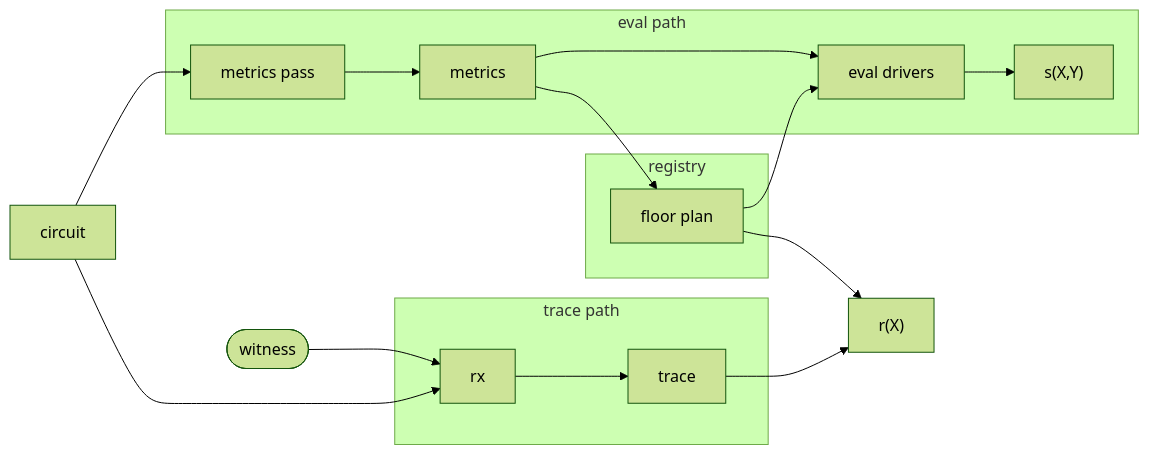
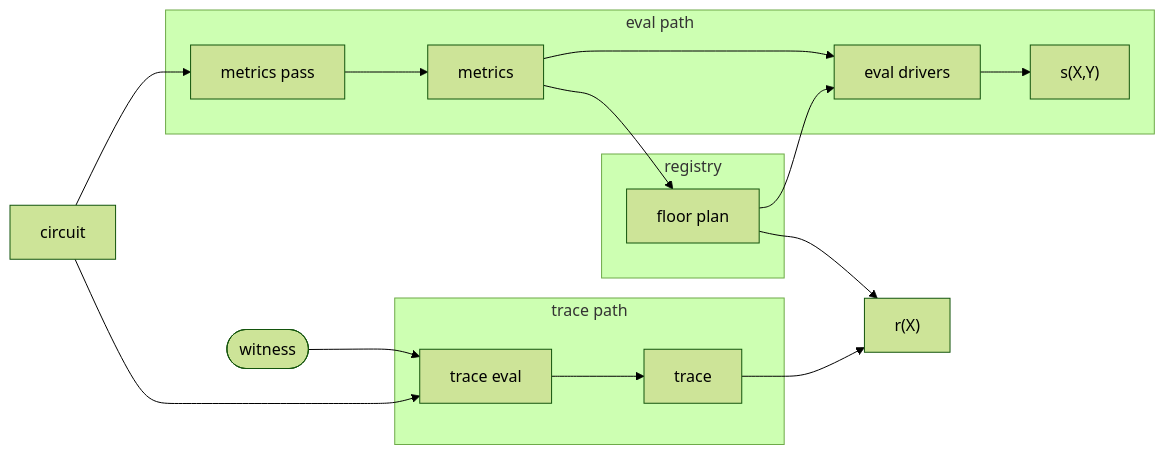
Before and after one commit to TalDerei/ragu: the diagram in book/src/implementation/routines.md, drawn with Mermaid (forest theme). The commit also changed other lines of this file, not shown here.

````diff
--- a/book/src/implementation/routines.md
+++ b/book/src/implementation/routines.md
@@ -61,22 +61,22 @@
 ```mermaid
 graph LR
     C[circuit]
     W([witness])
     subgraph ep[eval path]
         MP[metrics pass] --> metrics
         metrics --> ED[eval drivers] --> SP["s(X,Y)"]
     end
     subgraph R[registry]
         FP[floor plan]
     end
     subgraph tp[trace path]
-        rx --> trace
+        TE[trace eval] --> trace
     end
     C --> MP
-    C --> rx
-    W --> rx
+    C --> TE
+    W --> TE
     metrics --> FP
     FP --> ED
     trace --> TP["r(X)"]
     FP --> TP
 ```
````
